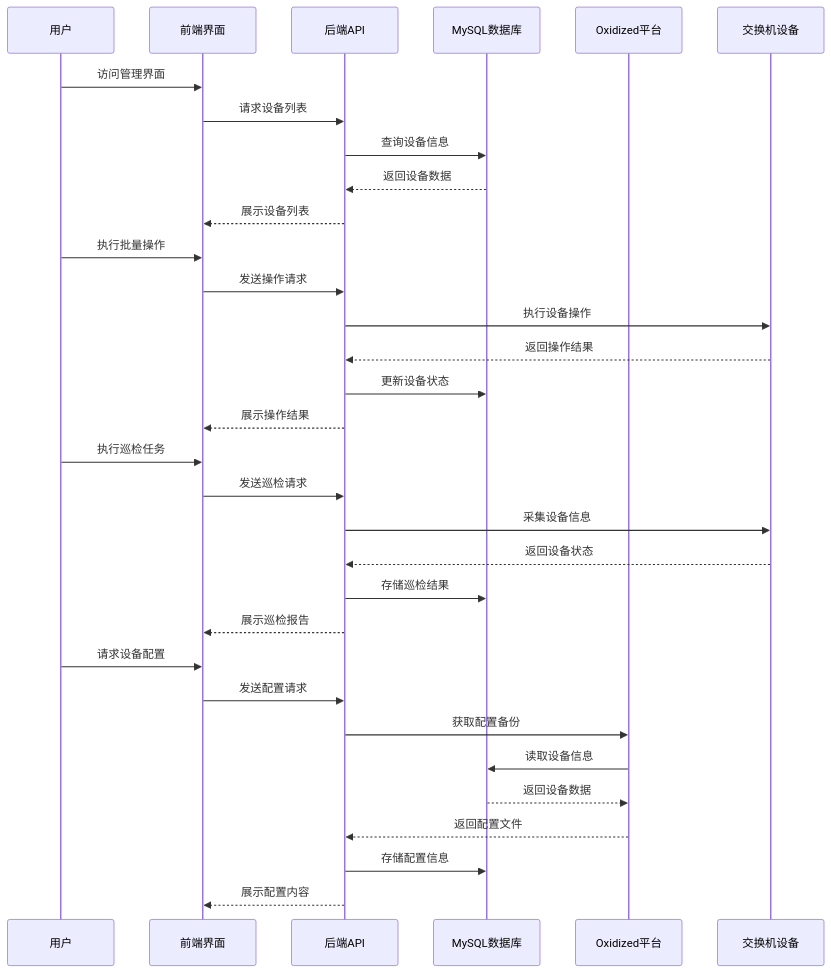
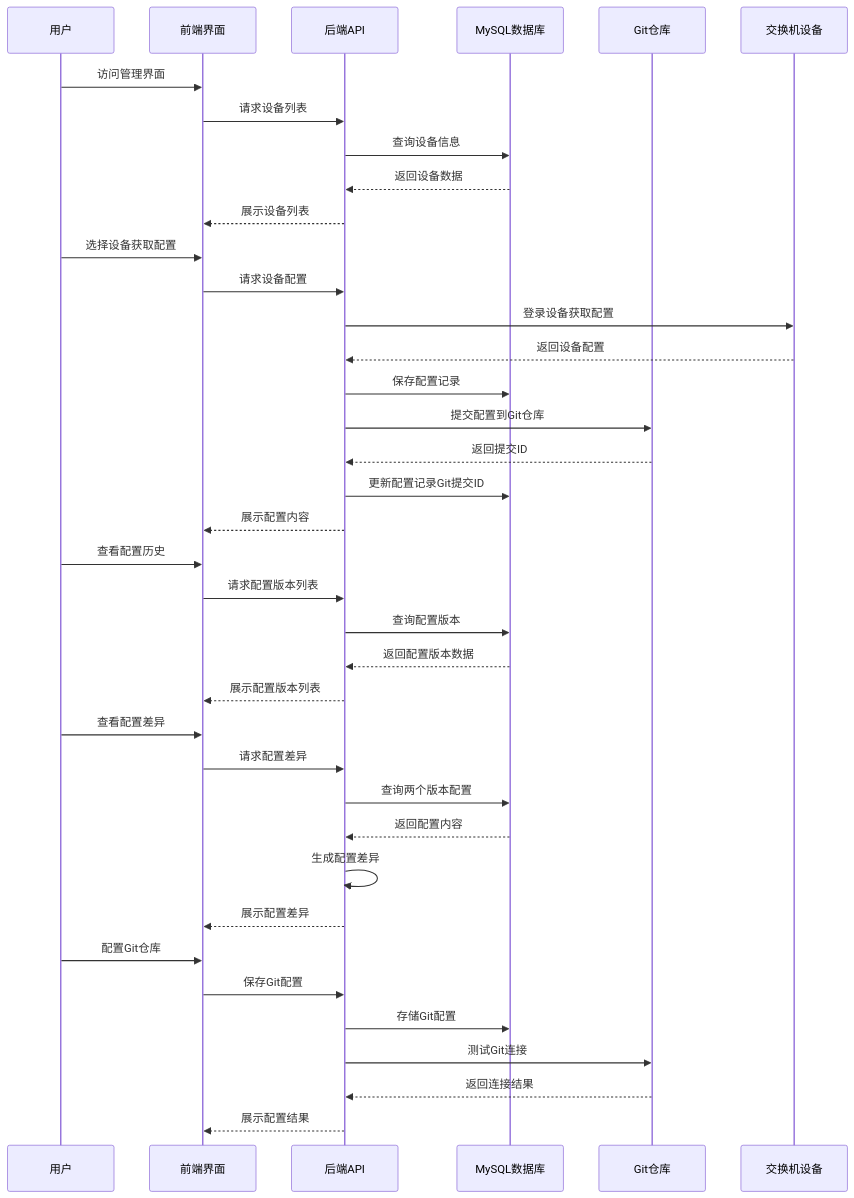
Before and after one commit to Cheney128/devopt_tools: the second of 2 diagrams in 项目文档.md, drawn with Mermaid. The commit also changed other lines of this file and 24 other files, not shown here.

````diff
--- a/项目文档.md
+++ b/项目文档.md
@@ -87,38 +95,45 @@
 ```mermaid
 sequenceDiagram
     participant User as 用户
     participant Frontend as 前端界面
     participant Backend as 后端API
     participant DB as MySQL数据库
-    participant Oxidized as Oxidized平台
+    participant Git as Git仓库
     participant Switch as 交换机设备
 
     User->>Frontend: 访问管理界面
     Frontend->>Backend: 请求设备列表
     Backend->>DB: 查询设备信息
     DB-->>Backend: 返回设备数据
     Backend-->>Frontend: 展示设备列表
 
-    User->>Frontend: 执行批量操作
-    Frontend->>Backend: 发送操作请求
-    Backend->>Switch: 执行设备操作
-    Switch-->>Backend: 返回操作结果
-    Backend->>DB: 更新设备状态
-    Backend-->>Frontend: 展示操作结果
+    User->>Frontend: 选择设备获取配置
+    Frontend->>Backend: 请求设备配置
+    Backend->>Switch: 登录设备获取配置
+    Switch-->>Backend: 返回设备配置
+    Backend->>DB: 保存配置记录
+    Backend->>Git: 提交配置到Git仓库
+    Git-->>Backend: 返回提交ID
+    Backend->>DB: 更新配置记录Git提交ID
+    Backend-->>Frontend: 展示配置内容
 
-    User->>Frontend: 执行巡检任务
-    Frontend->>Backend: 发送巡检请求
-    Backend->>Switch: 采集设备信息
-    Switch-->>Backend: 返回设备状态
-    Backend->>DB: 存储巡检结果
-    Backend-->>Frontend: 展示巡检报告
+    User->>Frontend: 查看配置历史
+    Frontend->>Backend: 请求配置版本列表
+    Backend->>DB: 查询配置版本
+    DB-->>Backend: 返回配置版本数据
+    Backend-->>Frontend: 展示配置版本列表
 
-    User->>Frontend: 请求设备配置
-    Frontend->>Backend: 发送配置请求
-    Backend->>Oxidized: 获取配置备份
-    Oxidized->>DB: 读取设备信息
-    DB-->>Oxidized: 返回设备数据
-    Oxidized-->>Backend: 返回配置文件
-    Backend->>DB: 存储配置信息
-    Backend-->>Frontend: 展示配置内容
+    User->>Frontend: 查看配置差异
+    Frontend->>Backend: 请求配置差异
+    Backend->>DB: 查询两个版本配置
+    DB-->>Backend: 返回配置内容
+    Backend->>Backend: 生成配置差异
+    Backend-->>Frontend: 展示配置差异
+
+    User->>Frontend: 配置Git仓库
+    Frontend->>Backend: 保存Git配置
+    Backend->>DB: 存储Git配置
+    Backend->>Git: 测试Git连接
+    Git-->>Backend: 返回连接结果
+    Backend-->>Frontend: 展示配置结果
 ```
````
